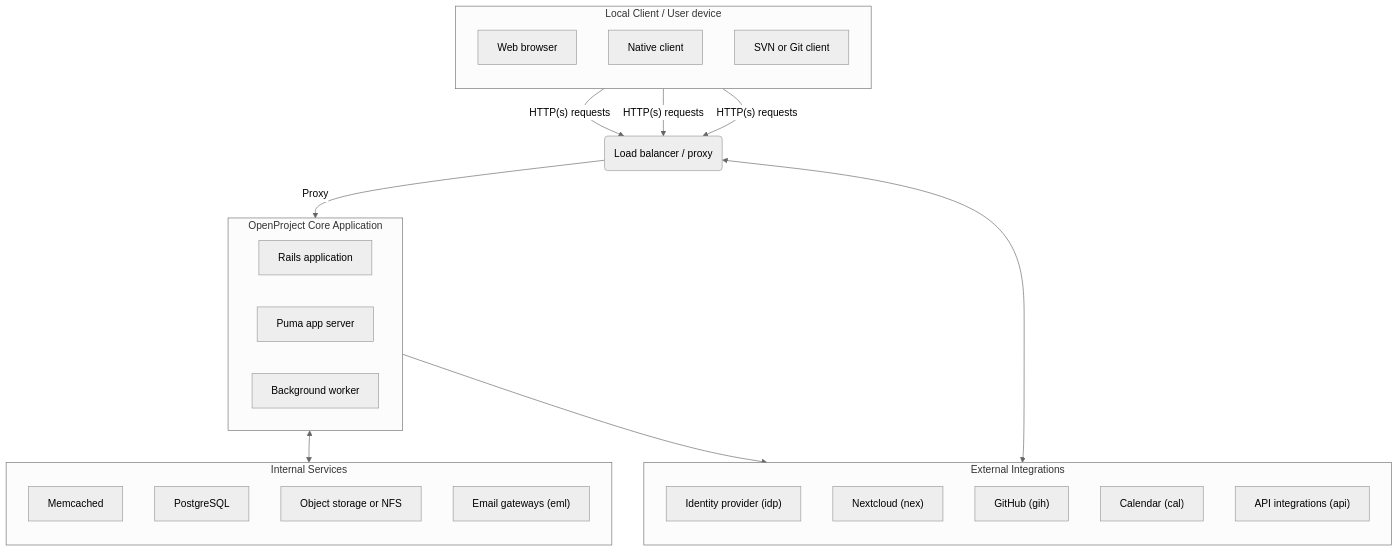
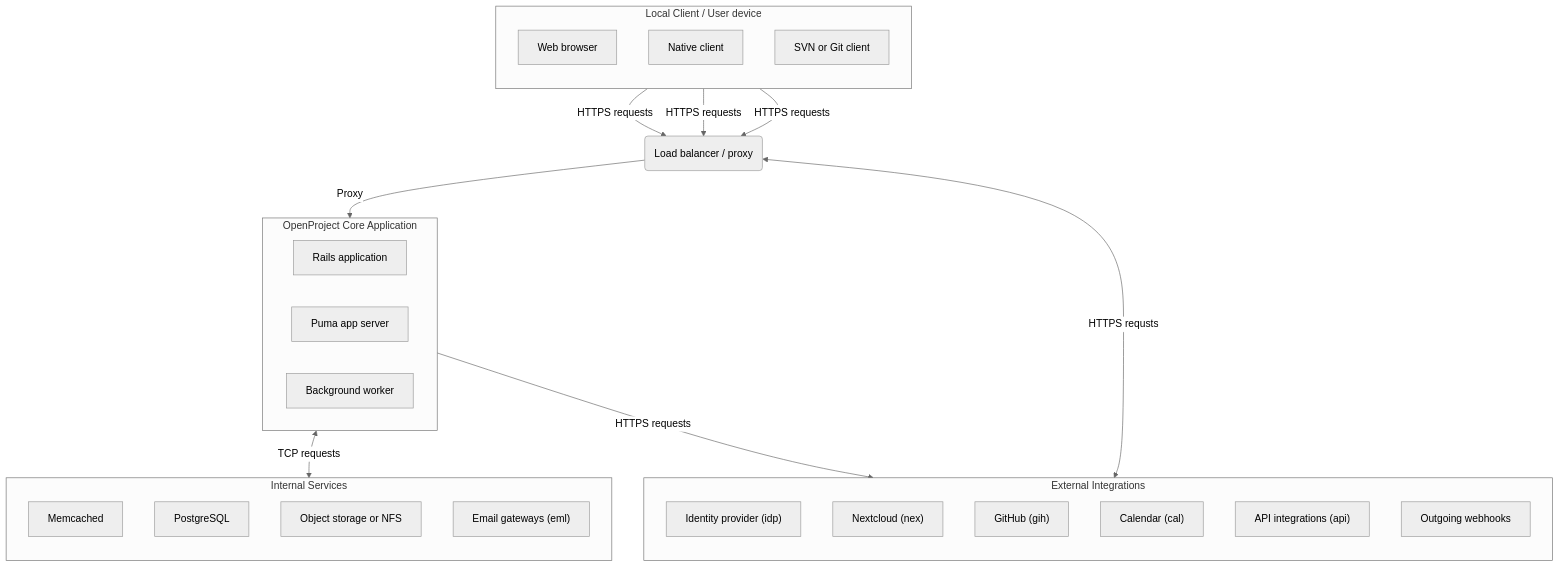
Before and after one commit to opf/openproject: the diagram in docs/development/application-architecture/README.md, drawn with Mermaid. The commit also changed other lines of this file, not shown here.

Commit message:
Add information about involved services and integrations

````diff
--- a/docs/development/application-architecture/README.md
+++ b/docs/development/application-architecture/README.md
@@ -14,50 +14,50 @@
 ```mermaid
 %%{init: {'theme':'neutral'}}%%
 
 flowchart TD
-  browser[Web browser] -->|"HTTP(s) requests"| loadbalancer(Load balancer / proxy)
-  A1[Native client] -->|"HTTP(s) requests"| loadbalancer
-  A2[SVN or Git client] -->|"HTTP(s) requests"| loadbalancer
+  browser[Web browser] -->|"HTTPS requests"| loadbalancer(Load balancer / proxy)
+  A1[Native client] -->|"HTTPS requests"| loadbalancer
+  A2[SVN or Git client] -->|"HTTPS requests"| loadbalancer
   loadbalancer -->|Proxy| openproject
   
   subgraph openproject[OpenProject Core Application]
     openprojectrailsapp[Rails application]
     C[Puma app server]
     D[Background worker]
   end
 
 
   subgraph integrations[External Integrations]
   direction TB
     idp["Identity provider (idp)"]
     nex["Nextcloud (nex)"]
     gih["GitHub (gih)"]
     cal["Calendar (cal)"]
   	O["API integrations (api)"]
- 
+    W["Outgoing webhooks"]
 end
 
   subgraph services[Internal Services]
   direction TB
   	M[Memcached]
 	  P[PostgreSQL]
 	  S[Object storage or NFS]
 	  email["Email gateways (eml)"]
   end
 
 
-  openproject <--> services
-  openproject --> integrations
-  loadbalancer <--> integrations
+  openproject <-->|"TCP requests"| services
+  openproject -->|"HTTPS requests"| integrations
+  loadbalancer <-->|"HTTPS requsts"| integrations
   
   subgraph localclients[Local Client / User device]
   direction TB
 	browser
 	A1
 	A2	
 	
 	
 end
 
 
 ```
````
